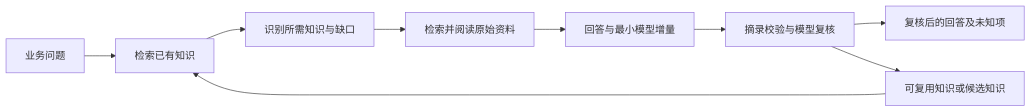
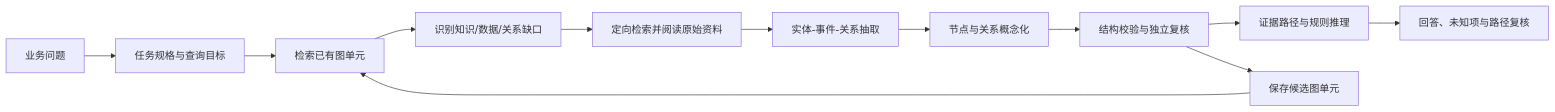
Before and after one commit to caochun/semantic-modeling: the diagram in README.md, drawn with Mermaid. The commit also changed other lines of this file and 16 other files, not shown here.

Commit message:
实现问题驱动语义图与可验证推理

````diff
--- a/README.md
+++ b/README.md
@@ -61,11 +62,14 @@
 ```mermaid
 flowchart LR
-    Q[业务问题] --> M[检索已有知识]
-    M --> G[识别所需知识与缺口]
-    G --> S[检索并阅读原始资料]
-    S --> A[回答与最小模型增量]
-    A --> V[摘录校验与模型复核]
-    V --> R[复核后的回答及未知项]
-    V --> K[可复用知识或候选知识]
+    Q[业务问题] --> T[任务规格与查询目标]
+    T --> M[检索已有图单元]
+    M --> G[识别知识/数据/关系缺口]
+    G --> S[定向检索并阅读原始资料]
+    S --> X[实体-事件-关系抽取]
+    X --> C[节点与关系概念化]
+    C --> V[结构校验与独立复核]
+    V --> P[证据路径与规则推理]
+    P --> R[回答、未知项与路径复核]
+    V --> K[保存候选图单元]
     K --> M
 ```
````
